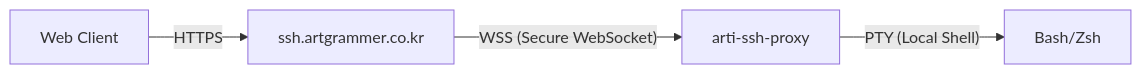
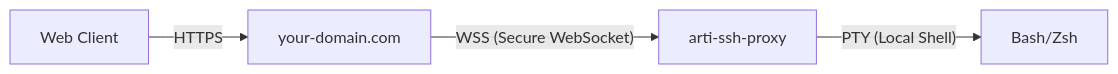
Before and after one commit to SaAkSin/arti-ssh-proxy: the diagram in README.md, drawn with Mermaid. The commit also changed other lines of this file and 1 other file, not shown here.

Commit message:
feat: 에이전트 WebSocket 서버 URL 설정에 플래그, 환경 변수, 기본값 우선순위 적용

````diff
--- a/README.md
+++ b/README.md
@@ -8,6 +8,6 @@
 ```mermaid
 graph LR
-    User[Web Client] --HTTPS--> Hub[ssh.artgrammer.co.kr]
+    User[Web Client] --HTTPS--> Hub[your-domain.com]
     Hub --WSS (Secure WebSocket)--> Agent[arti-ssh-proxy]
     Agent --PTY (Local Shell)--> Shell[Bash/Zsh]
 ```
````
